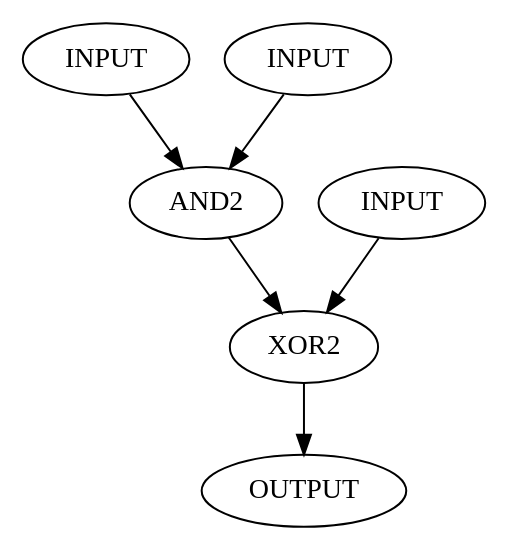
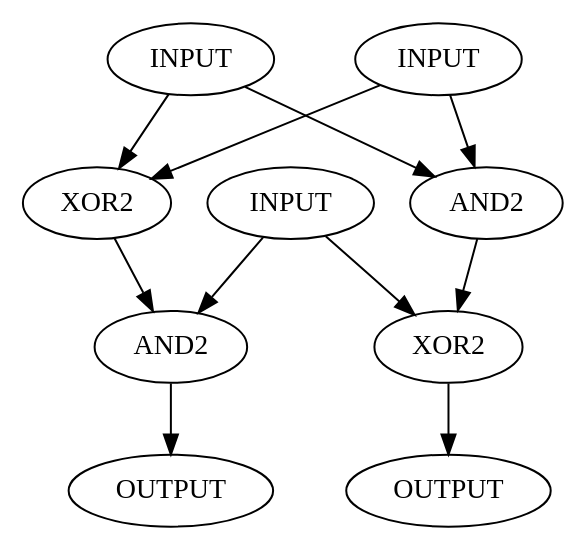
One commit to PML09022000/Projet_phelma changed the diagram in and_xor.dot. Above: the diagram before and after it, drawn with Graphviz. The commit also changed 2 other files, not shown here.

```diff
--- a/and_xor.dot
+++ b/and_xor.dot
@@ -1,15 +1,23 @@
 digraph test {
 
 I1 [ label = "INPUT" ];
 I2 [ label = "INPUT" ];
 I3 [ label = "INPUT" ];
 
 MY_AND [label = "AND2" ];
 MY_XOR [label = "XOR2" ];
+MY_AND2 [label = "AND2" ];
+MY_XOR2 [label = "XOR2" ];
+SS [label = "OUTPUT"];
 
 O1 [label = "OUTPUT"];
 
 I1 -> MY_AND -> MY_XOR;
 I2 -> MY_AND;
 I3 -> MY_XOR-> O1;
+
+
+I1 -> MY_XOR2 -> MY_AND2;
+I2 -> MY_XOR2;
+I3 -> MY_AND2 -> SS;
 }
```
